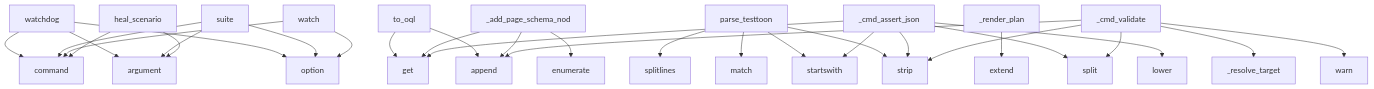
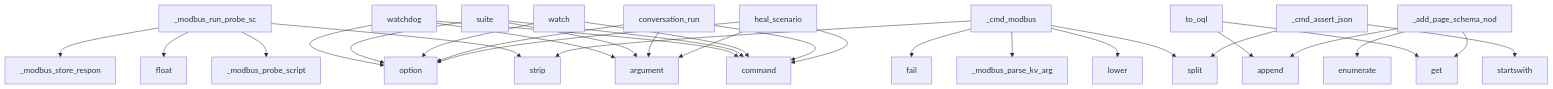
One commit to oqlos/testql changed the diagram in project/context.md. Above: the diagram before and after it, drawn with Mermaid. The commit also changed other lines of this file and 69 other files, not shown here.

````diff
--- a/project/context.md
+++ b/project/context.md
@@ -605,33 +632,33 @@
 ```mermaid
 graph TD
+    _modbus_run_probe_sc --> _modbus_probe_script
+    _modbus_run_probe_sc --> float
+    _modbus_run_probe_sc --> strip
+    _modbus_run_probe_sc --> _modbus_store_respon
     watchdog --> command
     watchdog --> argument
     watchdog --> option
     suite --> command
     suite --> argument
     suite --> option
     to_oql --> get
     to_oql --> append
     watch --> command
     watch --> option
+    _cmd_modbus --> lower
+    _cmd_modbus --> _modbus_parse_kv_arg
+    _cmd_modbus --> fail
+    _cmd_modbus --> strip
+    _cmd_modbus --> split
     _add_page_schema_nod --> get
     _add_page_schema_nod --> append
     _add_page_schema_nod --> enumerate
-    parse_testtoon --> splitlines
-    parse_testtoon --> match
-    parse_testtoon --> startswith
-    parse_testtoon --> strip
-    _render_plan --> extend
+    conversation_run --> command
+    conversation_run --> argument
+    conversation_run --> option
+    heal_scenario --> command
+    heal_scenario --> argument
+    heal_scenario --> option
     _cmd_assert_json --> split
     _cmd_assert_json --> startswith
-    _cmd_assert_json --> strip
-    _cmd_assert_json --> lower
-    _cmd_assert_json --> get
-    _cmd_validate --> split
-    _cmd_validate --> strip
-    _cmd_validate --> _resolve_target
-    _cmd_validate --> warn
-    _cmd_validate --> append
-    heal_scenario --> command
-    heal_scenario --> argument
 ```
````
